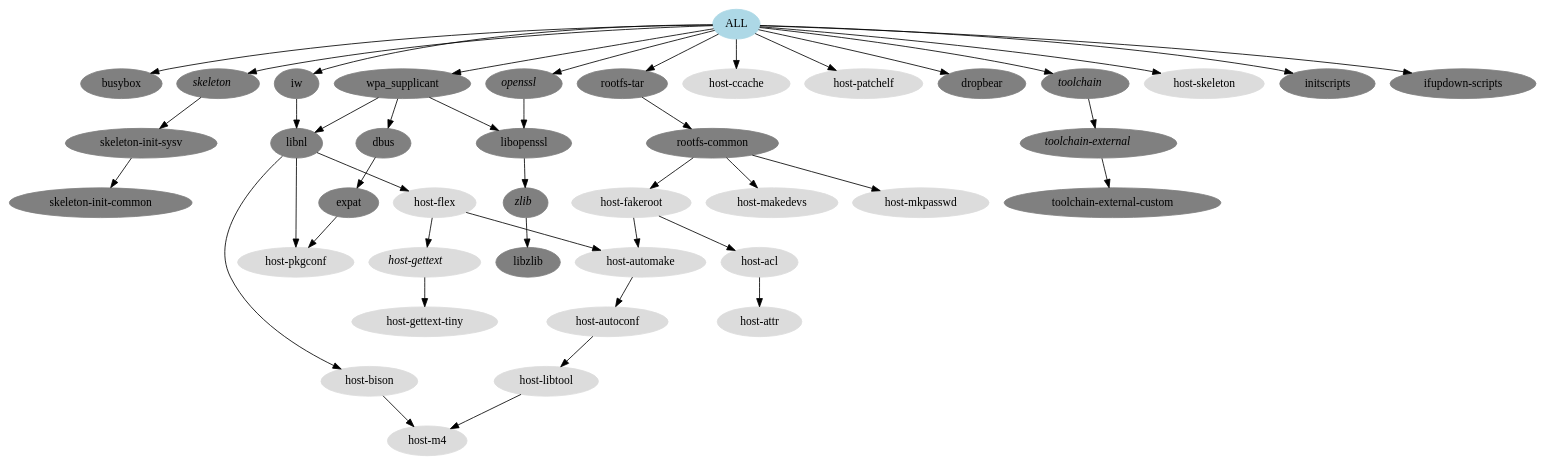
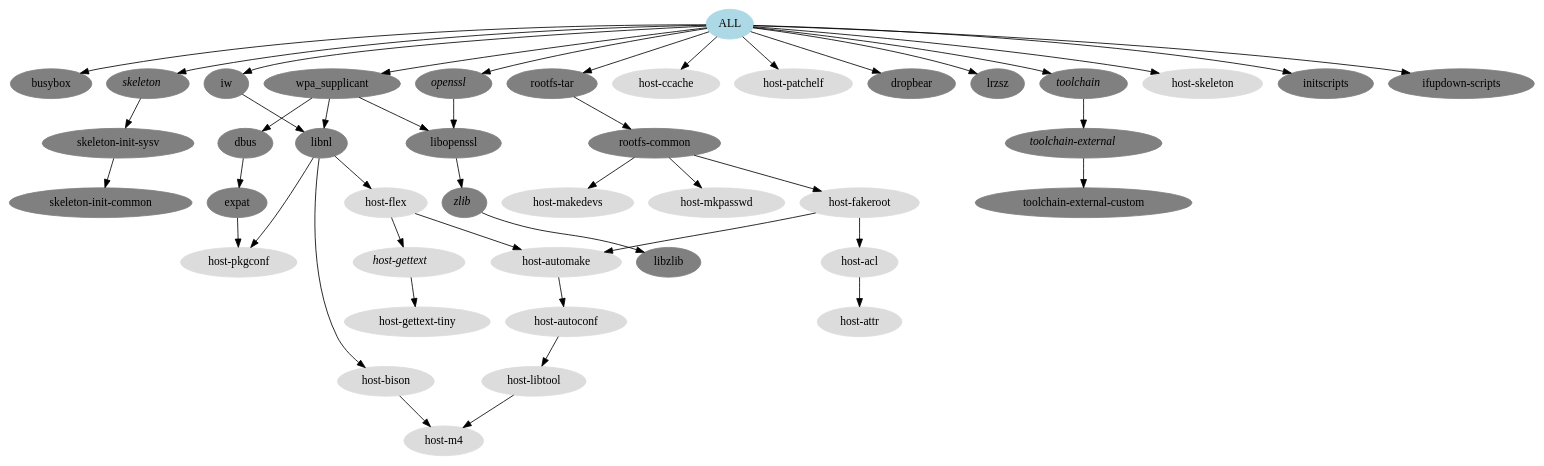
One commit to NanoBreeze/SmartCam changed the diagram in br_output/graphs/graph-depends.dot. Above: the diagram before and after it, drawn with Graphviz. The commit also changed 2 other files, not shown here.

Commit message:
Added lrzsz to transfer files over serial

```diff
--- a/br_output/graphs/graph-depends.dot
+++ b/br_output/graphs/graph-depends.dot
@@ -1,123 +1,126 @@
 digraph G {
 _all [label = "ALL"]
 _all [color=lightblue,style=filled]
 _all -> _busybox [dir=forward]
 _busybox [label = "busybox"]
 _busybox [color=grey,style=filled]
 _all -> _skeleton [dir=forward]
 _skeleton [label = <<I>skeleton</I>>]
 _skeleton [color=grey,style=filled]
 _skeleton -> _skeletoninitsysv [dir=forward]
 _skeletoninitsysv [label = "skeleton-init-sysv"]
 _skeletoninitsysv [color=grey,style=filled]
 _skeletoninitsysv -> _skeletoninitcommon [dir=forward]
 _skeletoninitcommon [label = "skeleton-init-common"]
 _skeletoninitcommon [color=grey,style=filled]
 _all -> _wpa_supplicant [dir=forward]
 _wpa_supplicant [label = "wpa_supplicant"]
 _wpa_supplicant [color=grey,style=filled]
 _wpa_supplicant -> _dbus [dir=forward]
 _dbus [label = "dbus"]
 _dbus [color=grey,style=filled]
 _dbus -> _expat [dir=forward]
 _expat [label = "expat"]
 _expat [color=grey,style=filled]
 _expat -> _hostpkgconf [dir=forward]
 _hostpkgconf [label = "host-pkgconf"]
 _hostpkgconf [color=gainsboro,style=filled]
 _wpa_supplicant -> _libnl [dir=forward]
 _libnl [label = "libnl"]
 _libnl [color=grey,style=filled]
 _libnl -> _hostbison [dir=forward]
 _hostbison [label = "host-bison"]
 _hostbison [color=gainsboro,style=filled]
 _hostbison -> _hostm4 [dir=forward]
 _hostm4 [label = "host-m4"]
 _hostm4 [color=gainsboro,style=filled]
 _libnl -> _hostflex [dir=forward]
 _hostflex [label = "host-flex"]
 _hostflex [color=gainsboro,style=filled]
 _hostflex -> _hostautomake [dir=forward]
 _hostautomake [label = "host-automake"]
 _hostautomake [color=gainsboro,style=filled]
 _hostautomake -> _hostautoconf [dir=forward]
 _hostautoconf [label = "host-autoconf"]
 _hostautoconf [color=gainsboro,style=filled]
 _hostautoconf -> _hostlibtool [dir=forward]
 _hostlibtool [label = "host-libtool"]
 _hostlibtool [color=gainsboro,style=filled]
 _hostlibtool -> _hostm4 [dir=forward]
 _hostflex -> _hostgettext [dir=forward]
 _hostgettext [label = <<I>host-gettext</I>>]
 _hostgettext [color=gainsboro,style=filled]
 _hostgettext -> _hostgettexttiny [dir=forward]
 _hostgettexttiny [label = "host-gettext-tiny"]
 _hostgettexttiny [color=gainsboro,style=filled]
 _libnl -> _hostpkgconf [dir=forward]
 _wpa_supplicant -> _libopenssl [dir=forward]
 _libopenssl [label = "libopenssl"]
 _libopenssl [color=grey,style=filled]
 _libopenssl -> _zlib [dir=forward]
 _zlib [label = <<I>zlib</I>>]
 _zlib [color=grey,style=filled]
 _zlib -> _libzlib [dir=forward]
 _libzlib [label = "libzlib"]
 _libzlib [color=grey,style=filled]
 _all -> _iw [dir=forward]
 _iw [label = "iw"]
 _iw [color=grey,style=filled]
 _iw -> _libnl [dir=forward]
 _all -> _openssl [dir=forward]
 _openssl [label = <<I>openssl</I>>]
 _openssl [color=grey,style=filled]
 _openssl -> _libopenssl [dir=forward]
 _all -> _rootfstar [dir=forward]
 _rootfstar [label = "rootfs-tar"]
 _rootfstar [color=grey,style=filled]
 _rootfstar -> _rootfscommon [dir=forward]
 _rootfscommon [label = "rootfs-common"]
 _rootfscommon [color=grey,style=filled]
 _rootfscommon -> _hostfakeroot [dir=forward]
 _hostfakeroot [label = "host-fakeroot"]
 _hostfakeroot [color=gainsboro,style=filled]
 _hostfakeroot -> _hostacl [dir=forward]
 _hostacl [label = "host-acl"]
 _hostacl [color=gainsboro,style=filled]
 _hostacl -> _hostattr [dir=forward]
 _hostattr [label = "host-attr"]
 _hostattr [color=gainsboro,style=filled]
 _hostfakeroot -> _hostautomake [dir=forward]
 _rootfscommon -> _hostmakedevs [dir=forward]
 _hostmakedevs [label = "host-makedevs"]
 _hostmakedevs [color=gainsboro,style=filled]
 _rootfscommon -> _hostmkpasswd [dir=forward]
 _hostmkpasswd [label = "host-mkpasswd"]
 _hostmkpasswd [color=gainsboro,style=filled]
 _all -> _hostccache [dir=forward]
 _hostccache [label = "host-ccache"]
 _hostccache [color=gainsboro,style=filled]
 _all -> _hostpatchelf [dir=forward]
 _hostpatchelf [label = "host-patchelf"]
 _hostpatchelf [color=gainsboro,style=filled]
 _all -> _dropbear [dir=forward]
 _dropbear [label = "dropbear"]
 _dropbear [color=grey,style=filled]
+_all -> _lrzsz [dir=forward]
+_lrzsz [label = "lrzsz"]
+_lrzsz [color=grey,style=filled]
 _all -> _toolchain [dir=forward]
 _toolchain [label = <<I>toolchain</I>>]
 _toolchain [color=grey,style=filled]
 _toolchain -> _toolchainexternal [dir=forward]
 _toolchainexternal [label = <<I>toolchain-external</I>>]
 _toolchainexternal [color=grey,style=filled]
 _toolchainexternal -> _toolchainexternalcustom [dir=forward]
 _toolchainexternalcustom [label = "toolchain-external-custom"]
 _toolchainexternalcustom [color=grey,style=filled]
 _all -> _hostskeleton [dir=forward]
 _hostskeleton [label = "host-skeleton"]
 _hostskeleton [color=gainsboro,style=filled]
 _all -> _initscripts [dir=forward]
 _initscripts [label = "initscripts"]
 _initscripts [color=grey,style=filled]
 _all -> _ifupdownscripts [dir=forward]
 _ifupdownscripts [label = "ifupdown-scripts"]
 _ifupdownscripts [color=grey,style=filled]
 }
```
